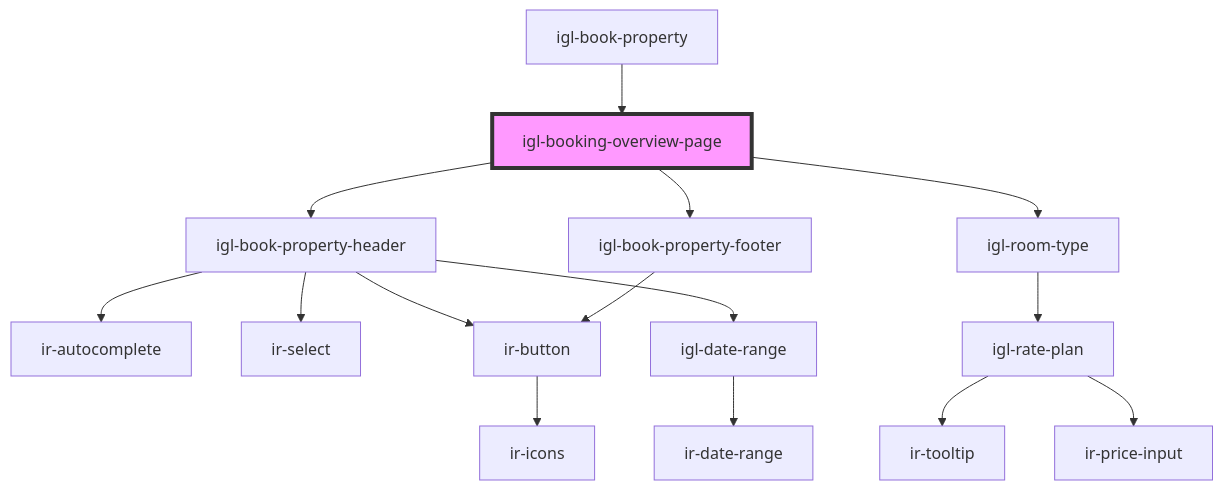
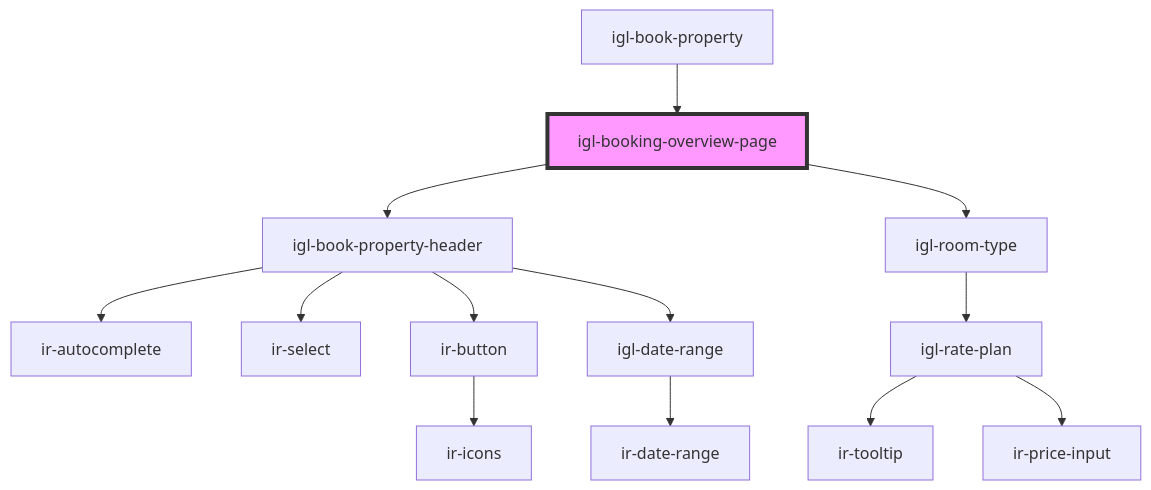
One commit to David1Chowaifaty/modified-ir-webcmp changed the diagram in src/components/igloo-calendar/igl-book-property/igl-booking-overview-page/readme.md. Above: the diagram before and after it, drawn with Mermaid. The commit also changed other lines of this file and 17 other files, not shown here.

````diff
--- a/src/components/igloo-calendar/igl-book-property/igl-booking-overview-page/readme.md
+++ b/src/components/igloo-calendar/igl-book-property/igl-booking-overview-page/readme.md
@@ -49,18 +48,16 @@
 ```mermaid
 graph TD;
   igl-booking-overview-page --> igl-book-property-header
   igl-booking-overview-page --> igl-room-type
-  igl-booking-overview-page --> igl-book-property-footer
   igl-book-property-header --> ir-autocomplete
   igl-book-property-header --> ir-select
   igl-book-property-header --> ir-button
   igl-book-property-header --> igl-date-range
   ir-button --> ir-icons
   igl-date-range --> ir-date-range
   igl-room-type --> igl-rate-plan
   igl-rate-plan --> ir-tooltip
   igl-rate-plan --> ir-price-input
-  igl-book-property-footer --> ir-button
   igl-book-property --> igl-booking-overview-page
   style igl-booking-overview-page fill:#f9f,stroke:#333,stroke-width:4px
 ```
````
